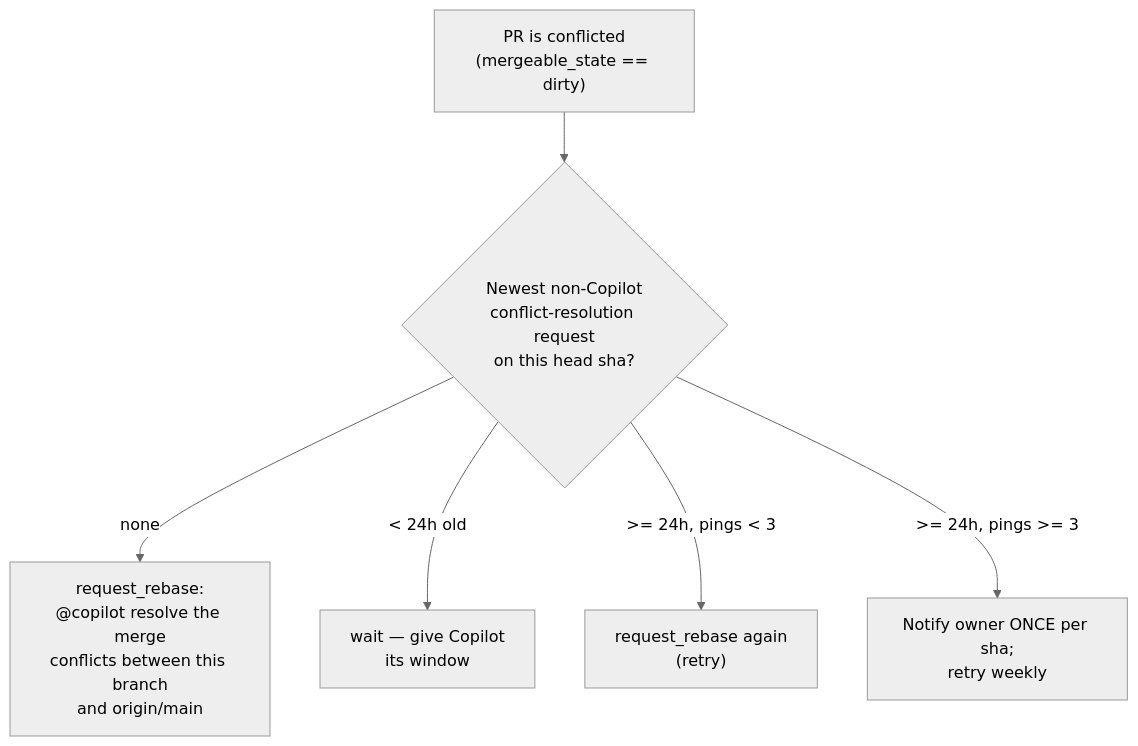
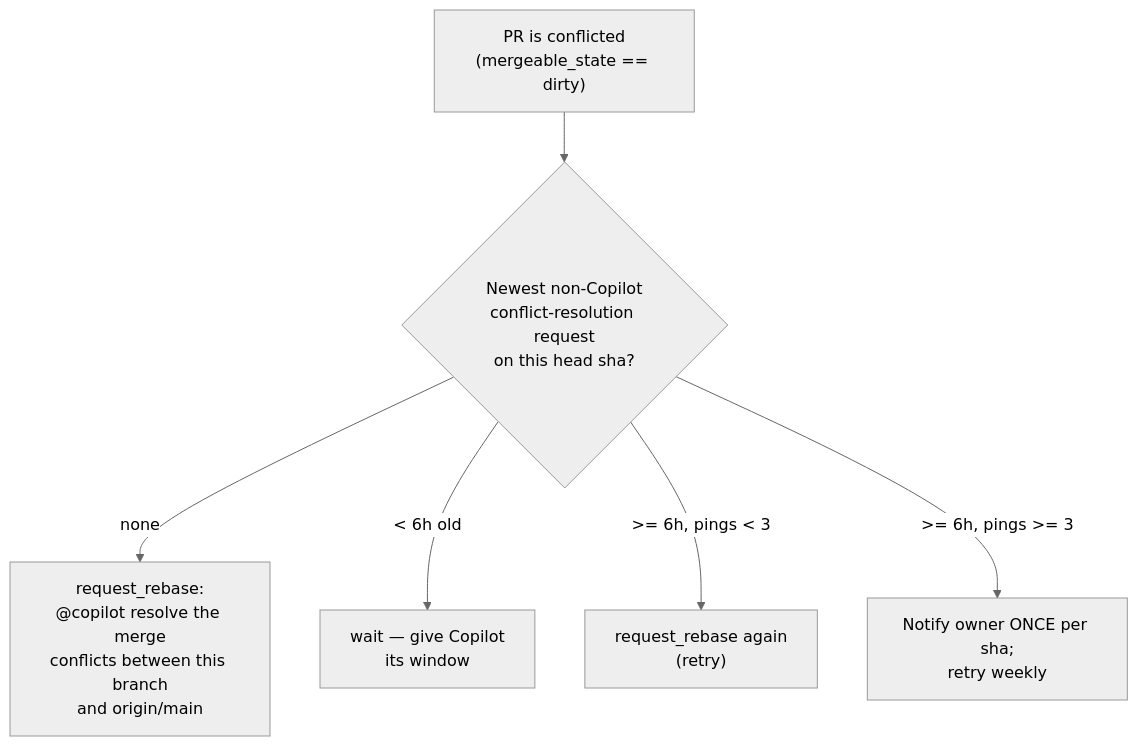
The second of 3 diagrams in skills/engineering/copilot-review-smart/README.md (dyegolara/skillbook), drawn with Mermaid (neutral theme) before and after one commit. The commit also changed other lines of this file and 9 other files, not shown here.

First line of the commit message:
copilot-review-smart v2.2.0: 6h conflict-retry window, English operator output, deterministic decision seam + domain ADRs (#8)

````diff
--- a/skills/engineering/copilot-review-smart/README.md
+++ b/skills/engineering/copilot-review-smart/README.md
@@ -53,8 +56,8 @@
 ```mermaid
 flowchart TD
     A["PR is conflicted<br/>(mergeable_state == dirty)"] --> B{"Newest non-Copilot<br/>conflict-resolution request<br/>on this head sha?"}
     B -- "none" --> C["request_rebase:<br/>@copilot resolve the merge<br/>conflicts between this branch<br/>and origin/main"]
-    B -- "< 24h old" --> D["wait — give Copilot<br/>its window"]
-    B -- ">= 24h, pings < 3" --> E["request_rebase again<br/>(retry)"]
-    B -- ">= 24h, pings >= 3" --> F["Notify owner ONCE per sha;<br/>retry weekly"]
+    B -- "< 6h old" --> D["wait — give Copilot<br/>its window"]
+    B -- ">= 6h, pings < 3" --> E["request_rebase again<br/>(retry)"]
+    B -- ">= 6h, pings >= 3" --> F["Notify owner ONCE per sha;<br/>retry weekly"]
 ```
````
